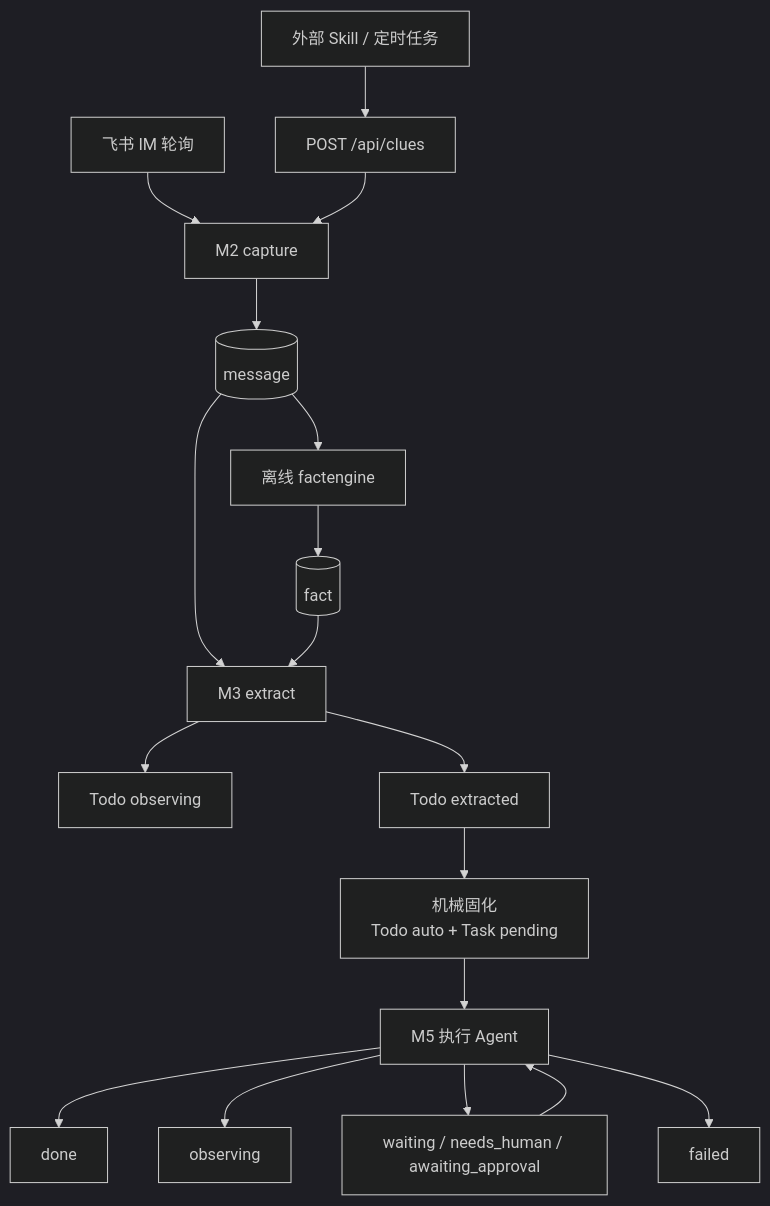
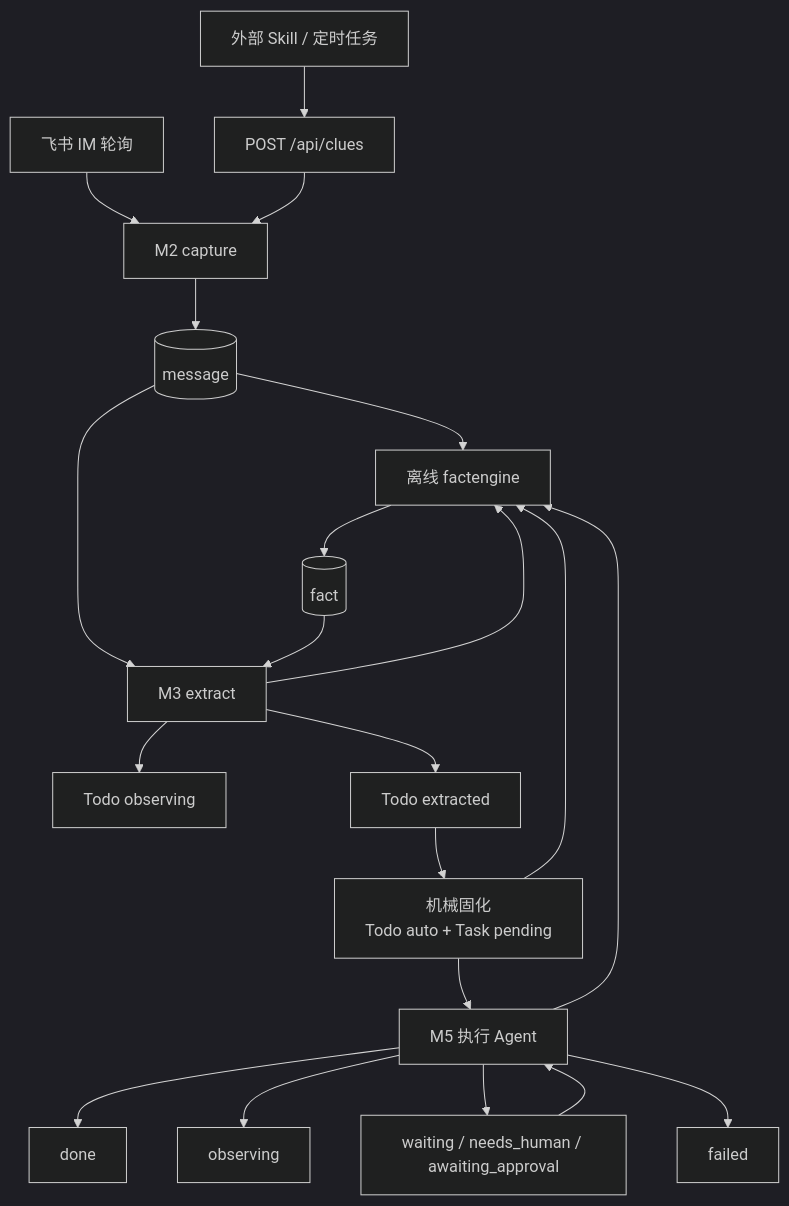
The second of 2 diagrams in docs/00-overview.md (mjscjj/jarvis), drawn with Mermaid (dark theme) before and after one commit. The commit also changed other lines of this file and 10 other files, not shown here.

````diff
--- a/docs/00-overview.md
+++ b/docs/00-overview.md
@@ -45,18 +45,21 @@
 ```mermaid
 flowchart TD
     IM["飞书 IM 轮询"] --> M2["M2 capture"]
     EXT["外部 Skill / 定时任务"] --> CLUE["POST /api/clues"] --> M2
     M2 --> MSG[("message")]
     MSG --> FACT["离线 factengine"] --> F[("fact")]
     MSG --> M3["M3 extract"]
     F --> M3
     M3 --> OBS0["Todo observing"]
     M3 --> EXT0["Todo extracted"]
+    M3 --> FACT
     EXT0 --> AUTO["机械固化\nTodo auto + Task pending"]
     AUTO --> EXEC["M5 执行 Agent"]
+    AUTO --> FACT
+    EXEC --> FACT
     EXEC --> DONE["done"]
     EXEC --> OBS2["observing"]
     EXEC --> WAIT["waiting / needs_human / awaiting_approval"]
     EXEC --> FAIL["failed"]
     WAIT --> EXEC
 ```
````
